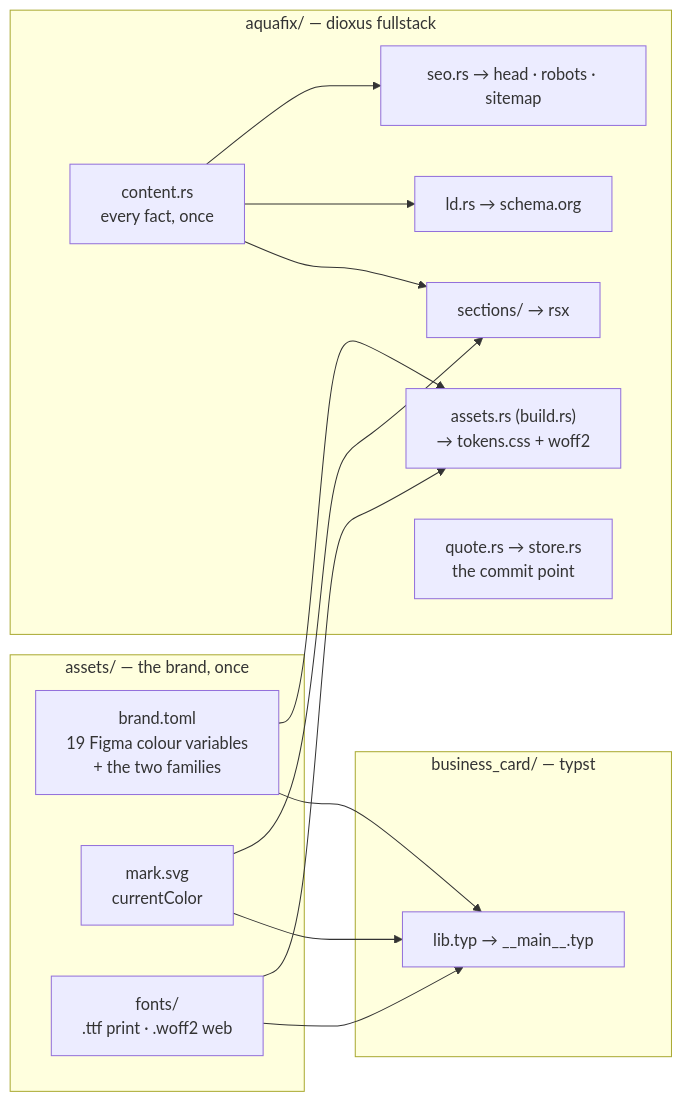
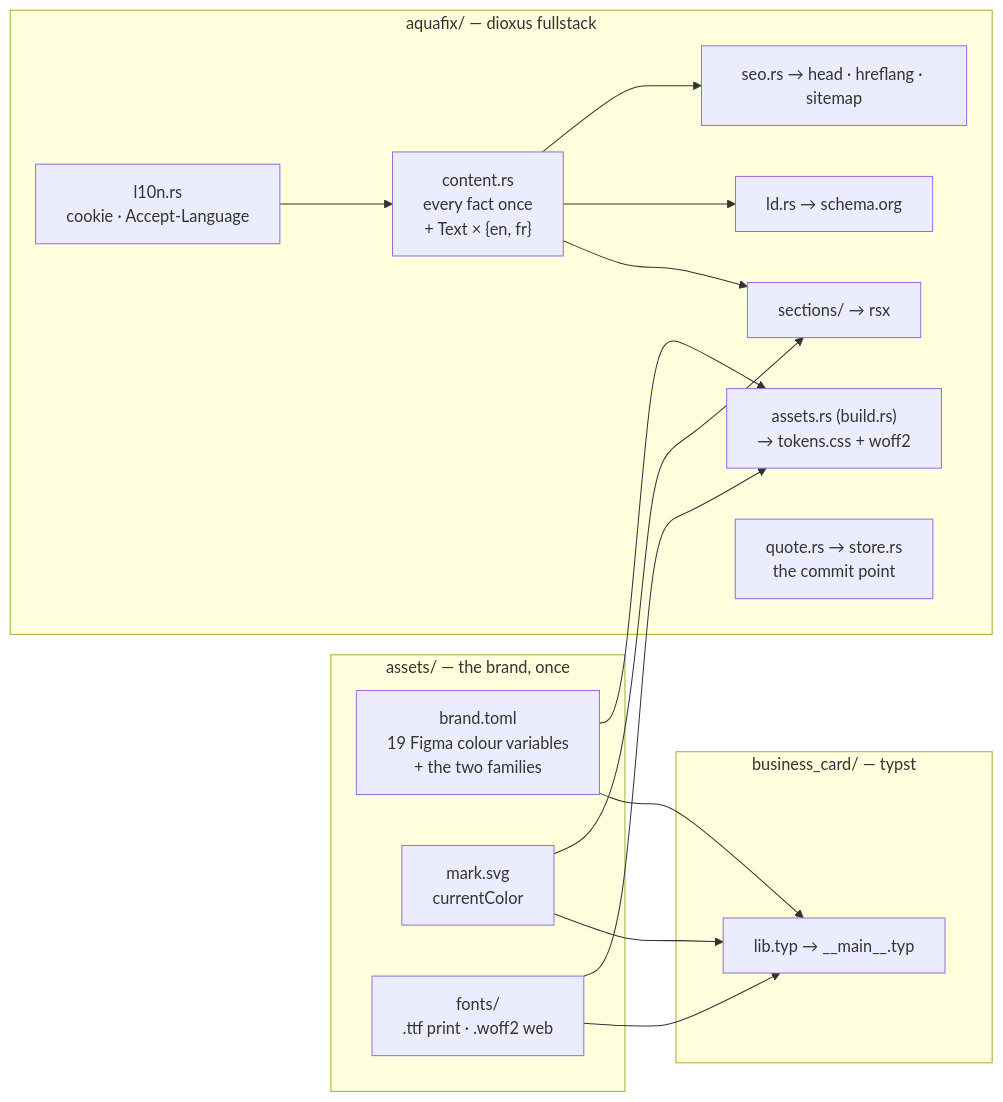
One commit to Service-Arb/aquafix changed the diagram in docs/ARCHITECTURE.md. Above: the diagram before and after it, drawn with Mermaid. The commit also changed other lines of this file and 34 other files, not shown here.

````diff
--- a/docs/ARCHITECTURE.md
+++ b/docs/ARCHITECTURE.md
@@ -8,25 +8,26 @@
 ```mermaid
 flowchart LR
     subgraph shared["assets/ — the brand, once"]
       B["brand.toml<br/>19 Figma colour variables<br/>+ the two families"]
       M["mark.svg<br/>currentColor"]
       F["fonts/<br/>.ttf print · .woff2 web"]
     end
     subgraph card["business_card/ — typst"]
       C["lib.typ → __main__.typ"]
     end
     subgraph site["aquafix/ — dioxus fullstack"]
       T["assets.rs (build.rs)<br/>→ tokens.css + woff2"]
-      K["content.rs<br/>every fact, once"]
+      K["content.rs<br/>every fact once<br/>+ Text × {en, fr}"]
       K --> R["sections/ → rsx"]
       K --> L["ld.rs → schema.org"]
-      K --> S["seo.rs → head · robots · sitemap"]
+      K --> S["seo.rs → head · hreflang · sitemap"]
+      N["l10n.rs<br/>cookie · Accept-Language"] --> K
       Q["quote.rs → store.rs<br/>the commit point"]
     end
     B --> C
     M --> C
     F --> C
     B --> T
     M --> R
     F --> T
 ```
````
